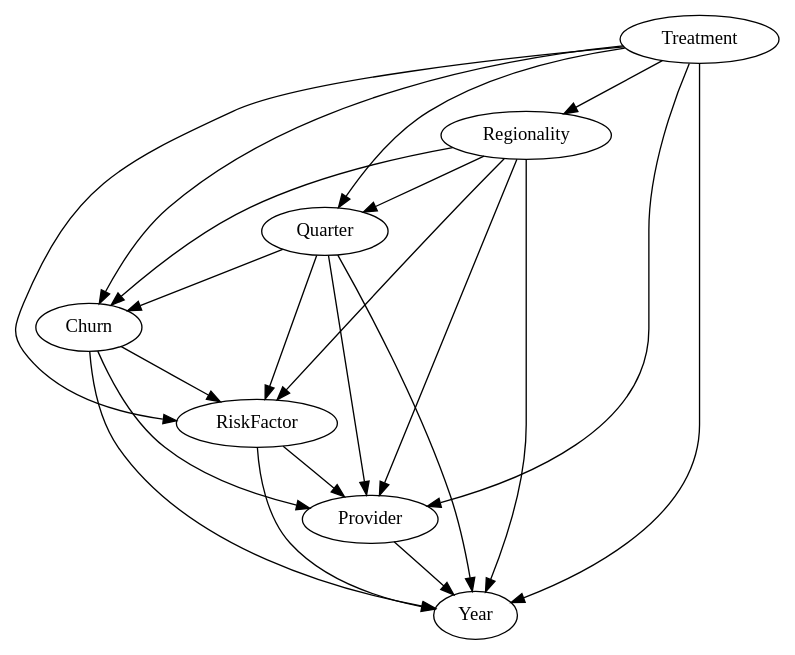
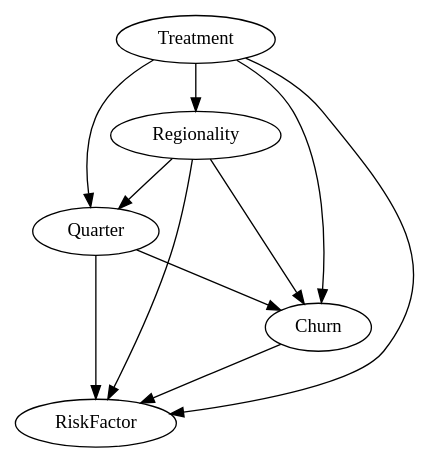
One commit to pyk-1908/team3 changed the diagram in checkpoints/NOTEARS_DAG_definition/NOTEARS_DAG_causal_structure_model.dot. Above: the diagram before and after it, drawn with Graphviz. The commit also changed 20 other files, not shown here.

Commit message:
dropped year and provider for DAG

```diff
--- a/checkpoints/NOTEARS_DAG_definition/NOTEARS_DAG_causal_structure_model.dot
+++ b/checkpoints/NOTEARS_DAG_definition/NOTEARS_DAG_causal_structure_model.dot
@@ -1,30 +1,17 @@
 strict digraph {
-Year;
-Provider;
 Quarter;
 RiskFactor;
 Regionality;
 Treatment;
 Churn;
-Provider -> Year [origin=learned, weight=11.946151321335083];
-Quarter -> Year [origin=learned, weight=291.2322012381453];
-Quarter -> Provider [origin=learned, weight=25.090347190640177];
 Quarter -> RiskFactor [origin=learned, weight=18.219246752537217];
 Quarter -> Churn [origin=learned, weight="-2.007977733488897"];
-RiskFactor -> Year [origin=learned, weight=342.0931879616106];
-RiskFactor -> Provider [origin=learned, weight="-23.051554786778908"];
-Regionality -> Year [origin=learned, weight=276.3118508675914];
-Regionality -> Provider [origin=learned, weight=16.361295488002412];
 Regionality -> Quarter [origin=learned, weight=3.7022326974361888];
 Regionality -> RiskFactor [origin=learned, weight=4.359333619484953];
 Regionality -> Churn [origin=learned, weight="-0.8680446151507331"];
-Treatment -> Year [origin=learned, weight=70.94906476407887];
-Treatment -> Provider [origin=learned, weight="-4.686557328561737"];
 Treatment -> Quarter [origin=learned, weight="-10.79923566470823"];
 Treatment -> RiskFactor [origin=learned, weight="-6.2122042190623"];
 Treatment -> Regionality [origin=learned, weight=7.672999369772012];
 Treatment -> Churn [origin=learned, weight=4.35131110686202];
-Churn -> Year [origin=learned, weight=171.74048672961422];
-Churn -> Provider [origin=learned, weight=4.44451892371625];
 Churn -> RiskFactor [origin=learned, weight="-0.8348365309567357"];
 }
```
